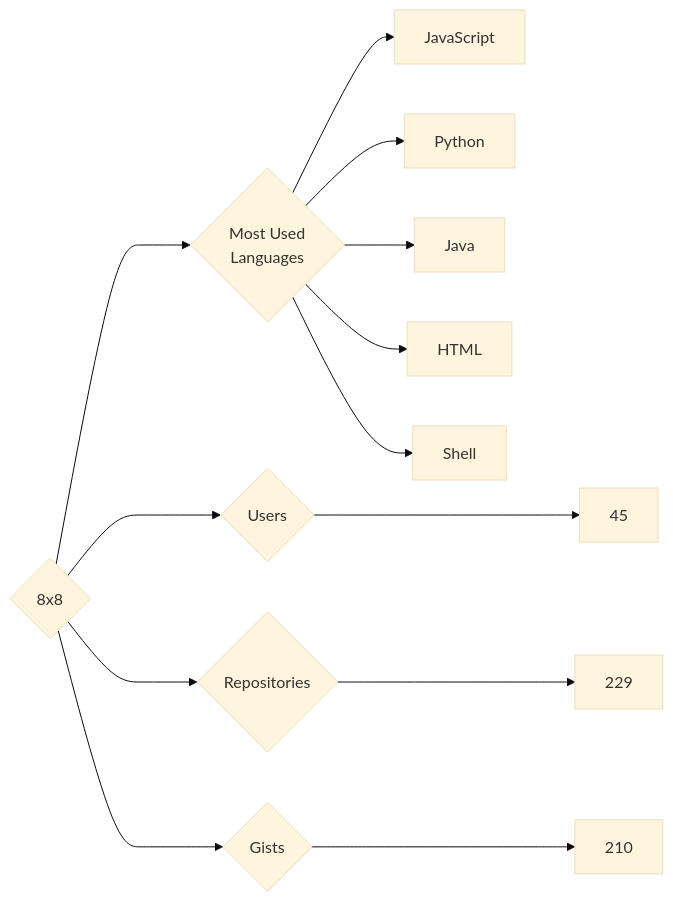
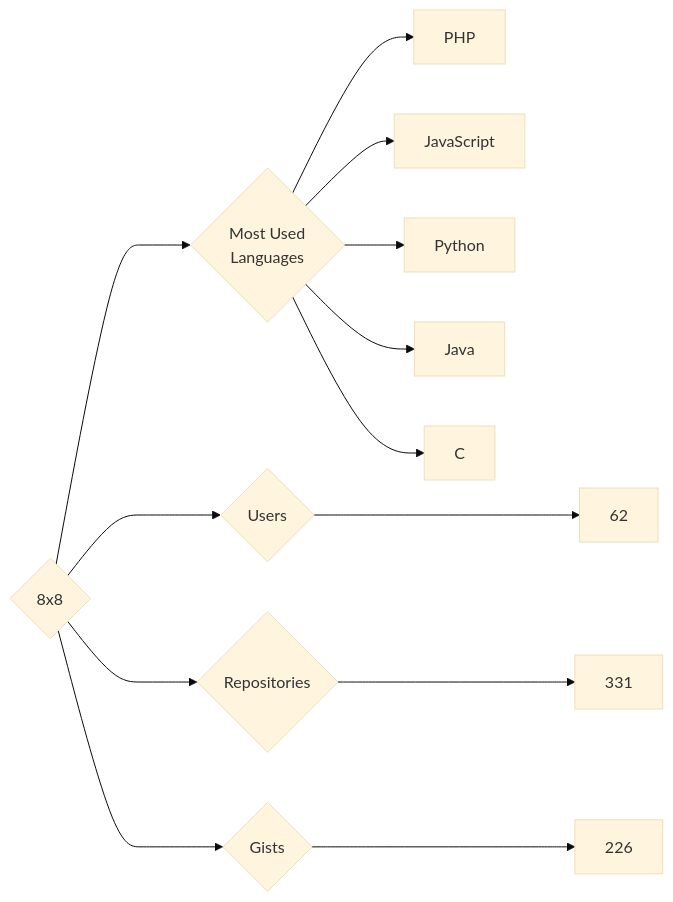
Before and after one commit to trickest/insiders: the diagram in targets/8x8/README.md, drawn with Mermaid (base theme). The commit also changed 736 other files, not shown here.

````diff
--- a/targets/8x8/README.md
+++ b/targets/8x8/README.md
@@ -3,13 +3,13 @@
 ```mermaid
 graph LR
 COMPANY_NAME{8x8}
-COMPANY_NAME ---> U{Users} ---> UN[45]
-COMPANY_NAME ---> R{Repositories} ---> RN[229]
-COMPANY_NAME ---> G{Gists} ---> GN[210]
+COMPANY_NAME ---> U{Users} ---> UN[62]
+COMPANY_NAME ---> R{Repositories} ---> RN[331]
+COMPANY_NAME ---> G{Gists} ---> GN[226]
 COMPANY_NAME ---> ML{Most Used<br>Languages}
+ML --> PHP[PHP]
 ML --> JavaScript[JavaScript]
 ML --> Python[Python]
 ML --> Java[Java]
-ML --> HTML[HTML]
-ML --> Shell[Shell]
+ML --> C[C]
 ```
````
